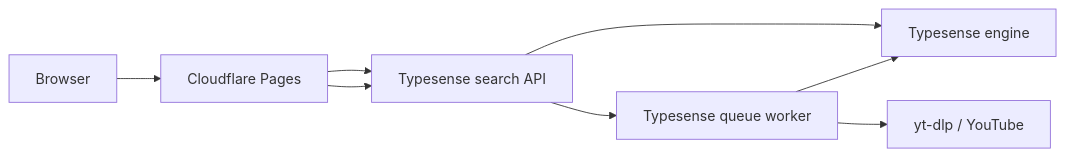
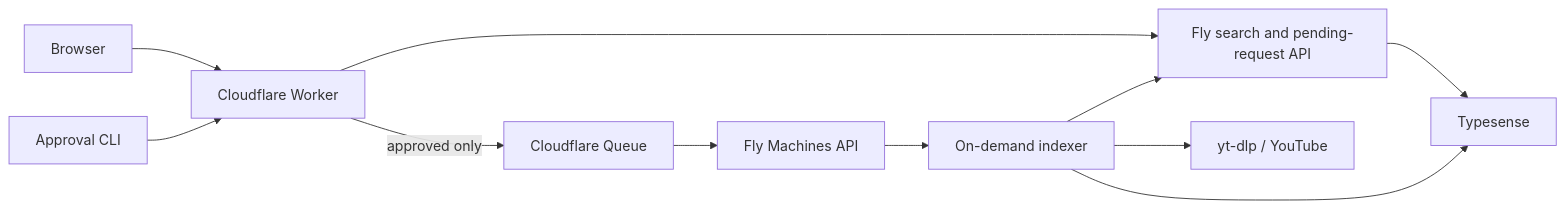
Before and after one commit to Priyansh4444/ytsearch: the diagram in docs/staging-architecture.md, drawn with Mermaid. The commit also changed other lines of this file and 126 other files, not shown here.

````diff
--- a/docs/staging-architecture.md
+++ b/docs/staging-architecture.md
@@ -14,10 +17,13 @@
 ```mermaid
 flowchart LR
-  Browser --> Pages[Cloudflare Pages]
-  Pages --> API[Typesense search API]
-  API --> Engine[Typesense engine]
-  Pages --> API
-  API --> Worker[Typesense queue worker]
-  Worker --> YouTube[yt-dlp / YouTube]
-  Worker --> Engine
+  Browser --> Edge[Cloudflare Worker]
+  Edge --> API[Fly search and pending-request API]
+  API --> Engine[Typesense]
+  Operator[Approval CLI] --> Edge
+  Edge -->|approved only| Wake[Cloudflare Queue]
+  Wake --> Machine[Fly Machines API]
+  Machine --> Indexer[On-demand indexer]
+  Indexer --> YouTube[yt-dlp / YouTube]
+  Indexer --> Engine
+  Indexer --> API
 ```
````
